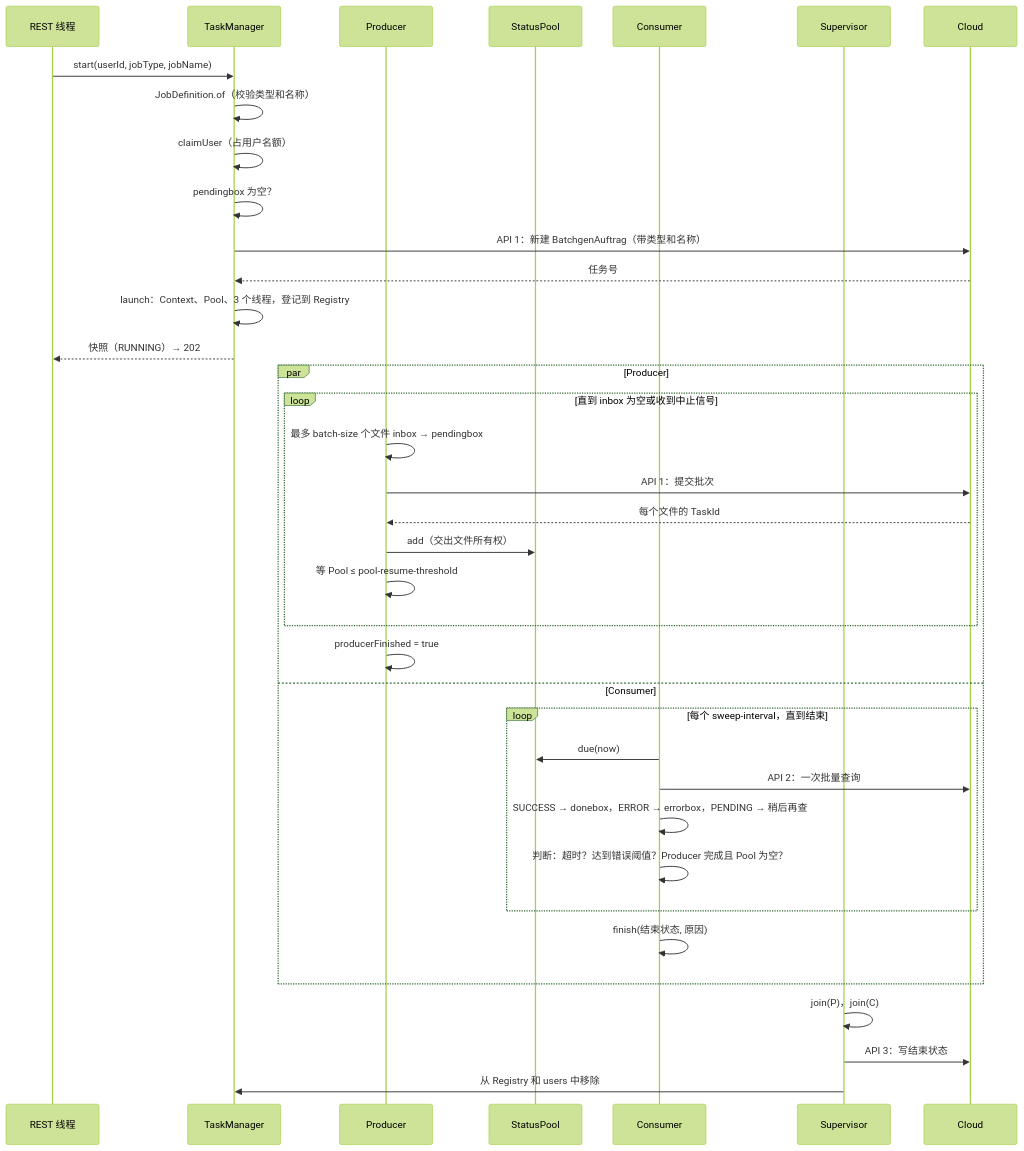
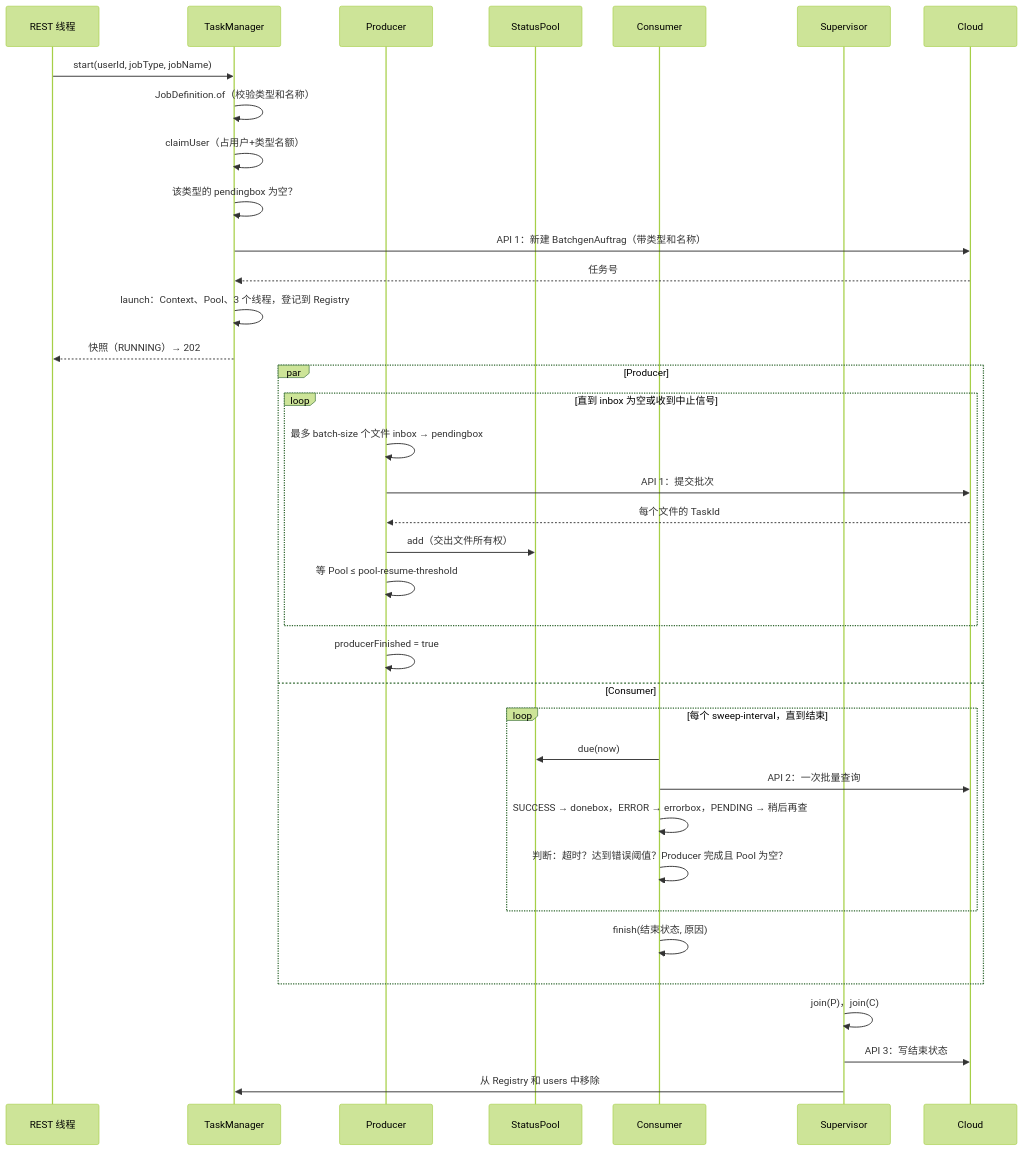
One commit to wwsstl/asynchrone-anwendungsarchitektur changed the second of 5 diagrams in docs/architect/implementierung_zh.md. Above: the diagram before and after it, drawn with Mermaid (forest theme). The commit also changed other lines of this file and 35 other files, not shown here.

````diff
--- a/docs/architect/implementierung_zh.md
+++ b/docs/architect/implementierung_zh.md
@@ -133,40 +133,40 @@
 ```mermaid
 sequenceDiagram
     participant R as REST 线程
     participant TM as TaskManager
     participant P as Producer
     participant Pool as StatusPool
     participant C as Consumer
     participant S as Supervisor
     participant Cl as Cloud
 
     R->>TM: start(userId, jobType, jobName)
     TM->>TM: JobDefinition.of（校验类型和名称）
-    TM->>TM: claimUser（占用户名额）
-    TM->>TM: pendingbox 为空？
+    TM->>TM: claimUser（占用户+类型名额）
+    TM->>TM: 该类型的 pendingbox 为空？
     TM->>Cl: API 1：新建 BatchgenAuftrag（带类型和名称）
     Cl-->>TM: 任务号
     TM->>TM: launch：Context、Pool、3 个线程，登记到 Registry
     TM-->>R: 快照（RUNNING）→ 202
     par Producer
         loop 直到 inbox 为空或收到中止信号
             P->>P: 最多 batch-size 个文件 inbox → pendingbox
             P->>Cl: API 1：提交批次
             Cl-->>P: 每个文件的 TaskId
             P->>Pool: add（交出文件所有权）
             P->>P: 等 Pool ≤ pool-resume-threshold
         end
         P->>P: producerFinished = true
     and Consumer
         loop 每个 sweep-interval，直到结束
             C->>Pool: due(now)
             C->>Cl: API 2：一次批量查询
             C->>C: SUCCESS → donebox，ERROR → errorbox，PENDING → 稍后再查
             C->>C: 判断：超时？达到错误阈值？Producer 完成且 Pool 为空？
         end
         C->>C: finish(结束状态, 原因)
     end
     S->>S: join(P)，join(C)
     S->>Cl: API 3：写结束状态
     S->>TM: 从 Registry 和 users 中移除
 ```
````
